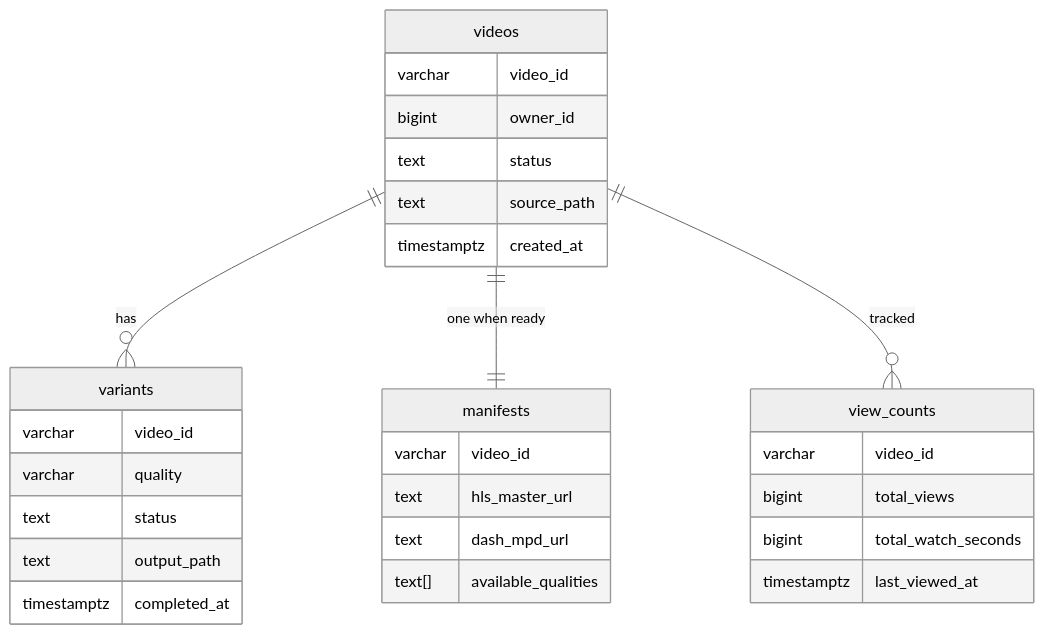
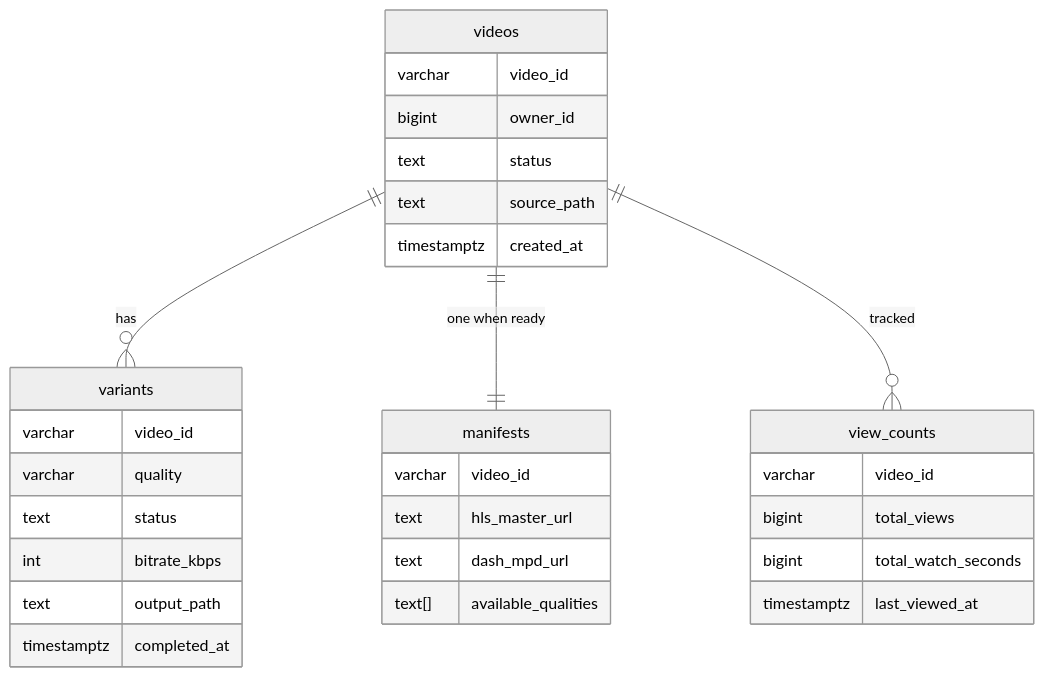
The first of 5 diagrams in problems/006-video-streaming/solution.md (shiningflash/system-design), drawn with Mermaid (neutral theme) before and after one commit. The commit also changed other lines of this file and 37 other files, not shown here.

````diff
--- a/problems/006-video-streaming/solution.md
+++ b/problems/006-video-streaming/solution.md
@@ -134,33 +136,34 @@
 ```mermaid
 erDiagram
     videos ||--o{ variants : has
     videos ||--|| manifests : "one when ready"
     videos ||--o{ view_counts : tracked
 
     videos {
         varchar video_id
         bigint owner_id
         text status
         text source_path
         timestamptz created_at
     }
     variants {
         varchar video_id
         varchar quality
         text status
+        int bitrate_kbps
         text output_path
         timestamptz completed_at
     }
     manifests {
         varchar video_id
         text hls_master_url
         text dash_mpd_url
         text[] available_qualities
     }
     view_counts {
         varchar video_id
         bigint total_views
         bigint total_watch_seconds
         timestamptz last_viewed_at
     }
 ```
````
